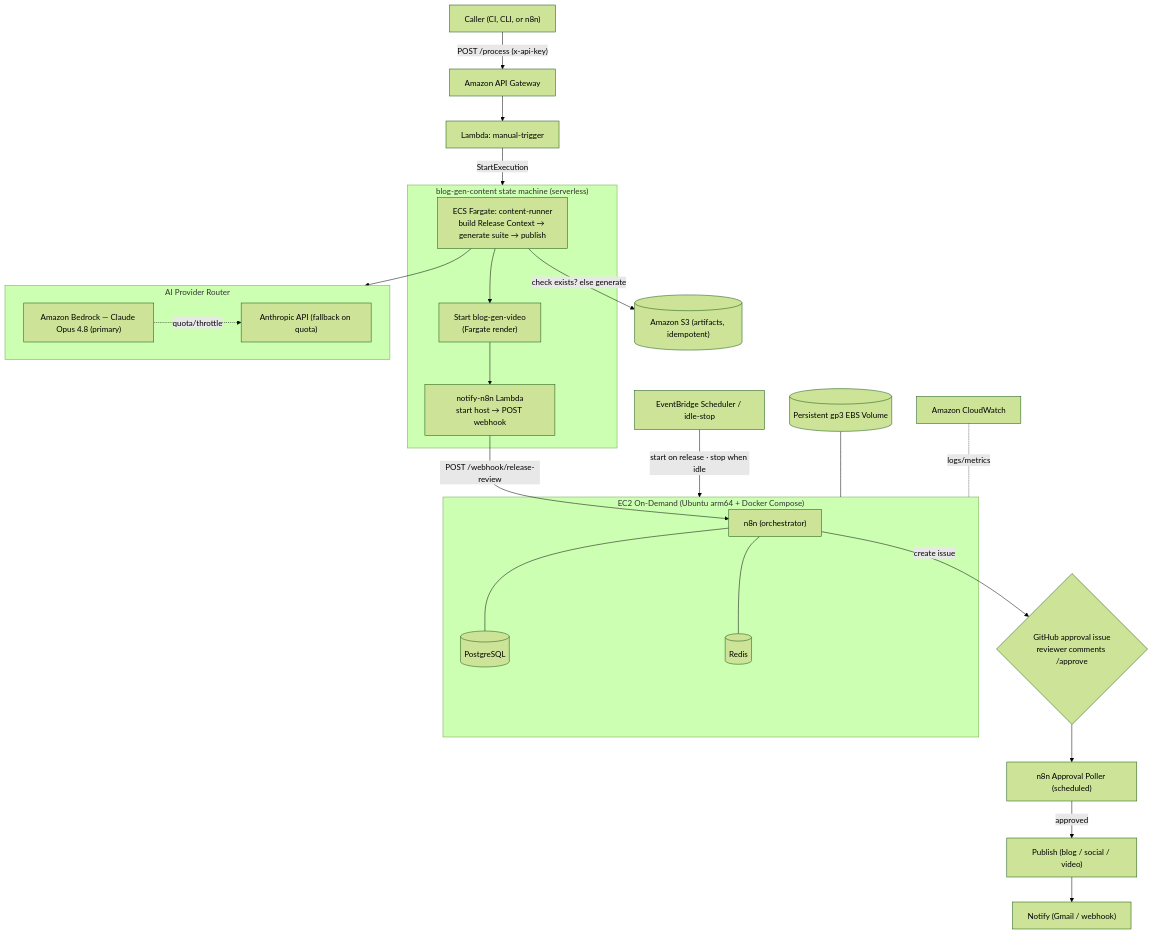
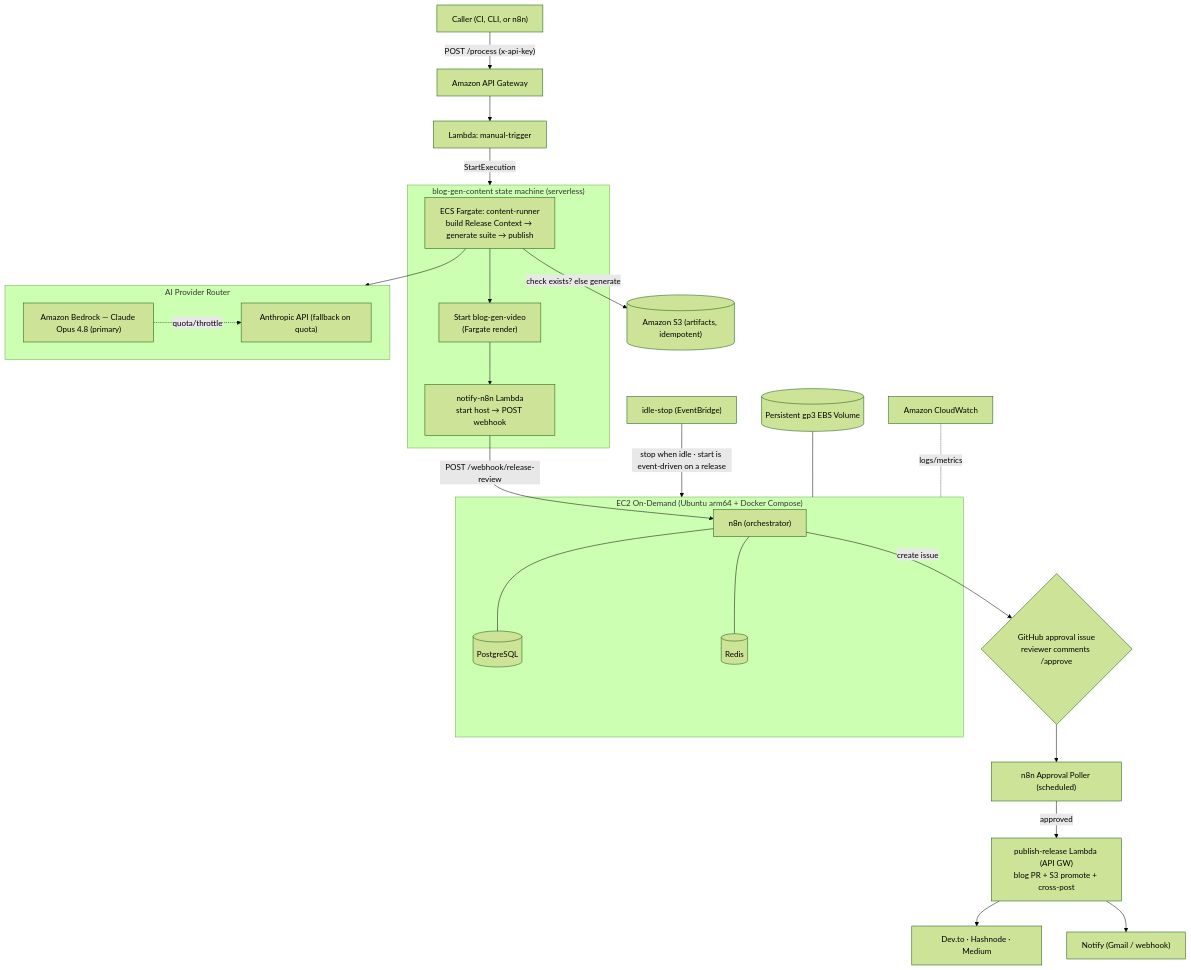
One commit to teddynted/ai-github-repository-blog-generator changed the third of 6 diagrams in README.md. Above: the diagram before and after it, drawn with Mermaid (forest theme). The commit also changed other lines of this file and 1 other file, not shown here.

First line of the commit message:
docs: reflect publish-release, cross-posting, and idle-stop lifecycle (#212)

````diff
--- a/README.md
+++ b/README.md
@@ -264,40 +264,41 @@
 ```mermaid
 flowchart TD
     CALLER["Caller (CI, CLI, or n8n)"] -->|"POST /process (x-api-key)"| APIGW["Amazon API Gateway"]
     APIGW --> L1["Lambda: manual-trigger"]
     L1 -->|"StartExecution"| SFN["Step Functions: GenerateContent"]
 
     subgraph SFN["blog-gen-content state machine (serverless)"]
         GEN["ECS Fargate: content-runner<br/>build Release Context → generate suite → publish"]
         VID["Start blog-gen-video<br/>(Fargate render)"]
         NTF["notify-n8n Lambda<br/>start host → POST webhook"]
         GEN --> VID --> NTF
     end
 
     subgraph ROUTER["AI Provider Router"]
         BR["Amazon Bedrock — Claude Opus 4.8 (primary)"]
         AN["Anthropic API (fallback on quota)"]
         BR -.quota/throttle.-> AN
     end
     GEN --> ROUTER
     GEN -->|"check exists? else generate"| S3[("Amazon S3 (artifacts, idempotent)")]
 
     NTF -->|"POST /webhook/release-review"| N8N
 
     subgraph EC2["EC2 On-Demand (Ubuntu arm64 + Docker Compose)"]
         N8N["n8n (orchestrator)"]
         PG[("PostgreSQL")]
         RD[("Redis")]
         N8N --- PG
         N8N --- RD
     end
 
     N8N -->|"create issue"| APPR{"GitHub approval issue<br/>reviewer comments /approve"}
     APPR --> POLL["n8n Approval Poller (scheduled)"]
-    POLL -->|"approved"| PUB["Publish (blog / social / video)"]
+    POLL -->|"approved"| PUB["publish-release Lambda (API GW)<br/>blog PR + S3 promote + cross-post"]
+    PUB --> XP["Dev.to · Hashnode · Medium"]
     PUB --> NOTIFY["Notify (Gmail / webhook)"]
 
-    SCHED["EventBridge Scheduler / idle-stop"] -->|"start on release · stop when idle"| EC2
+    SCHED["idle-stop (EventBridge)"] -->|"stop when idle · start is event-driven on a release"| EC2
     EBS[("Persistent gp3 EBS Volume")] --- EC2
     CW["Amazon CloudWatch"] -.logs/metrics.- EC2
 ```
````
